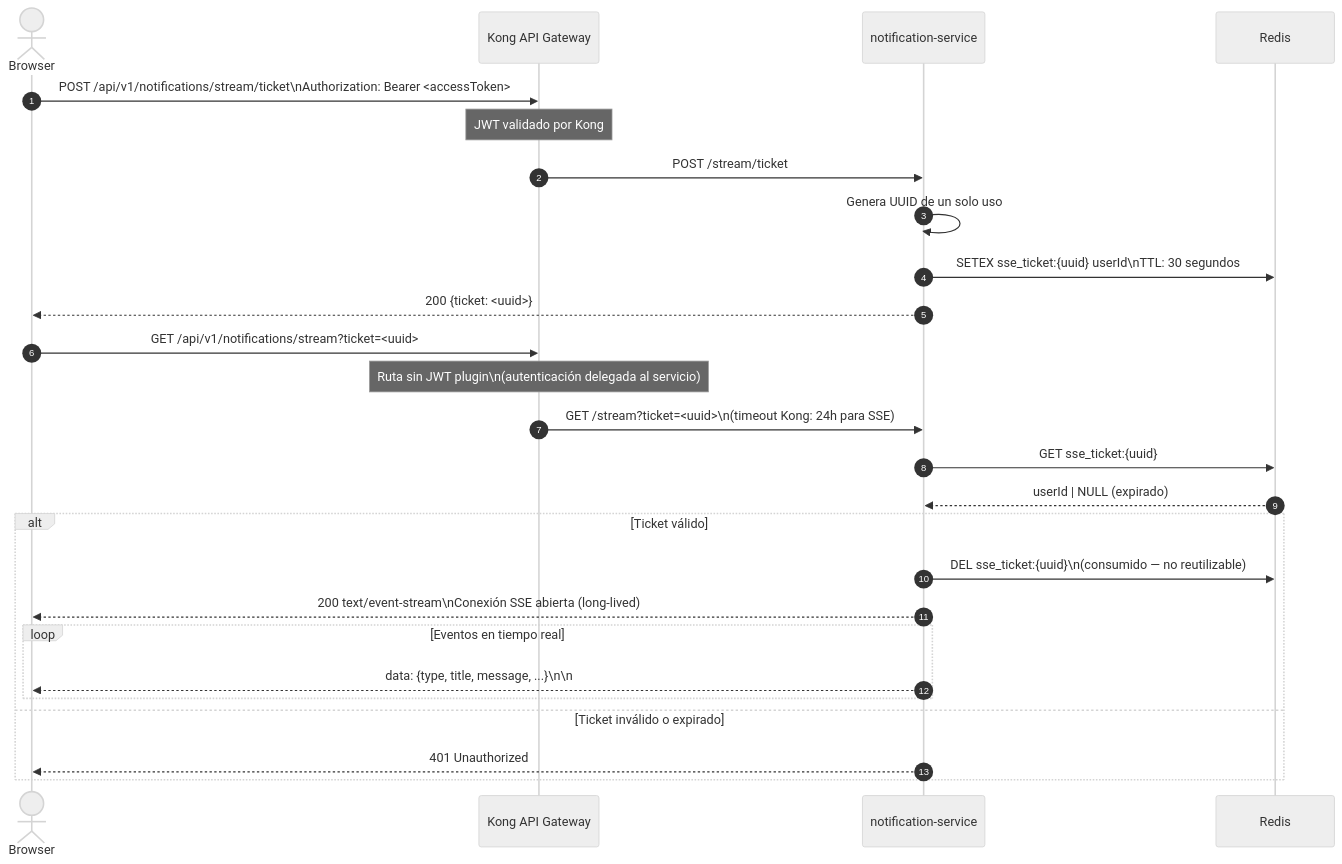
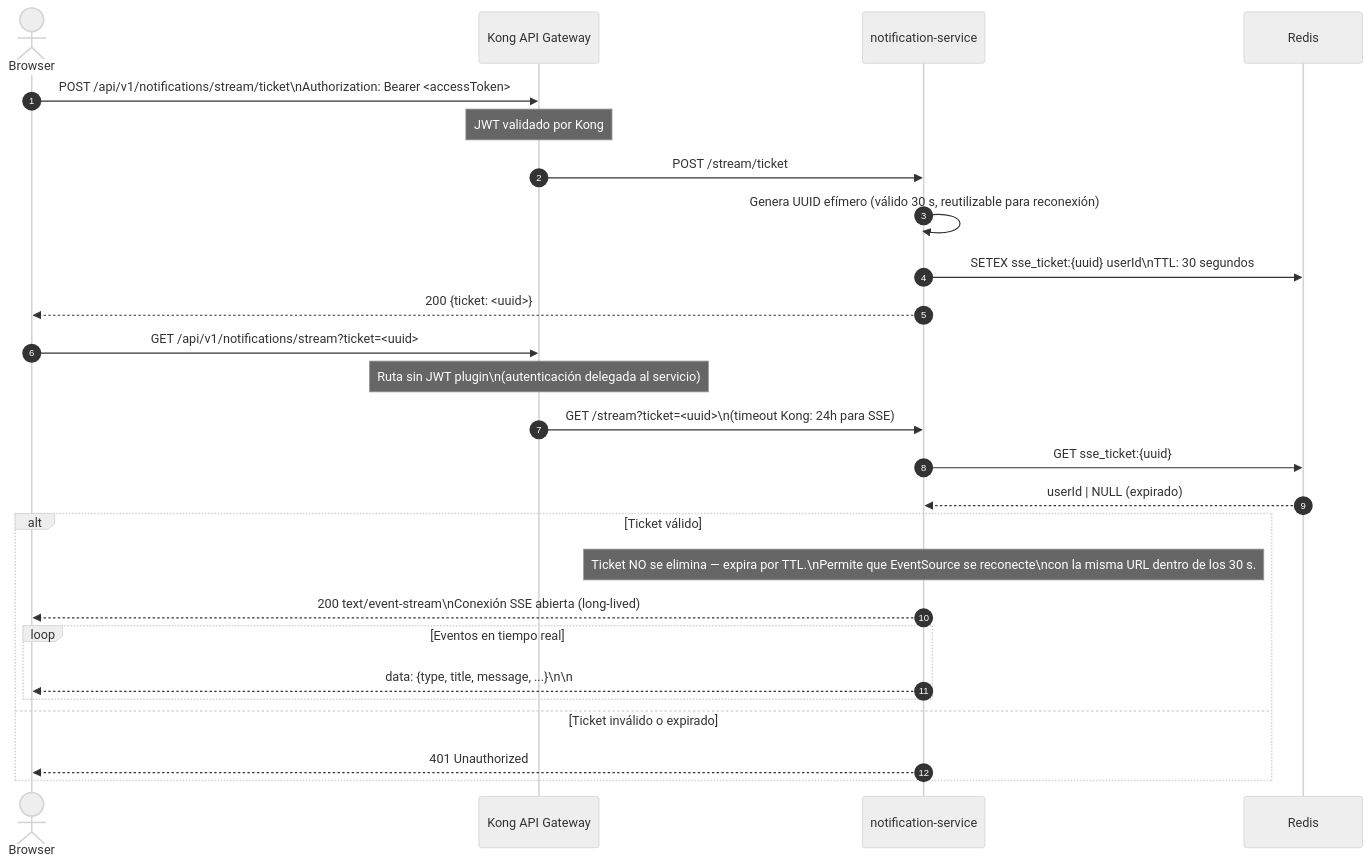
Before and after one commit to gestordocumental/sgd-backend: the sixth of 7 diagrams in docs/architecture-diagrams.md, drawn with Mermaid (neutral theme).

````diff
--- a/docs/architecture-diagrams.md
+++ b/docs/architecture-diagrams.md
@@ -352,33 +352,33 @@
 ```mermaid
 sequenceDiagram
     autonumber
     actor Browser
     participant Kong as Kong API Gateway
     participant Notif as notification-service
     participant Redis as Redis
 
     Browser->>Kong: POST /api/v1/notifications/stream/ticket\nAuthorization: Bearer <accessToken>
     Note over Kong: JWT validado por Kong
     Kong->>Notif: POST /stream/ticket
 
-    Notif->>Notif: Genera UUID de un solo uso
+    Notif->>Notif: Genera UUID efímero (válido 30 s, reutilizable para reconexión)
     Notif->>Redis: SETEX sse_ticket:{uuid} userId\nTTL: 30 segundos
     Notif-->>Browser: 200 {ticket: <uuid>}
 
     Browser->>Kong: GET /api/v1/notifications/stream?ticket=<uuid>
     Note over Kong: Ruta sin JWT plugin\n(autenticación delegada al servicio)
     Kong->>Notif: GET /stream?ticket=<uuid>\n(timeout Kong: 24h para SSE)
 
     Notif->>Redis: GET sse_ticket:{uuid}
     Redis-->>Notif: userId | NULL (expirado)
 
     alt Ticket válido
-        Notif->>Redis: DEL sse_ticket:{uuid}\n(consumido — no reutilizable)
+        Note over Notif: Ticket NO se elimina — expira por TTL.\nPermite que EventSource se reconecte\ncon la misma URL dentro de los 30 s.
         Notif-->>Browser: 200 text/event-stream\nConexión SSE abierta (long-lived)
         loop Eventos en tiempo real
             Notif-->>Browser: data: {type, title, message, ...}\n\n
         end
     else Ticket inválido o expirado
         Notif-->>Browser: 401 Unauthorized
     end
 ```
````
